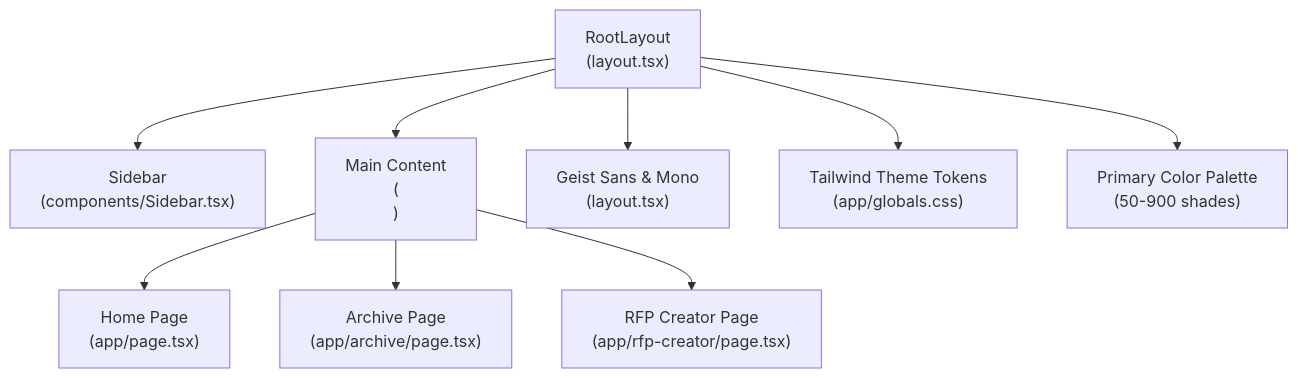
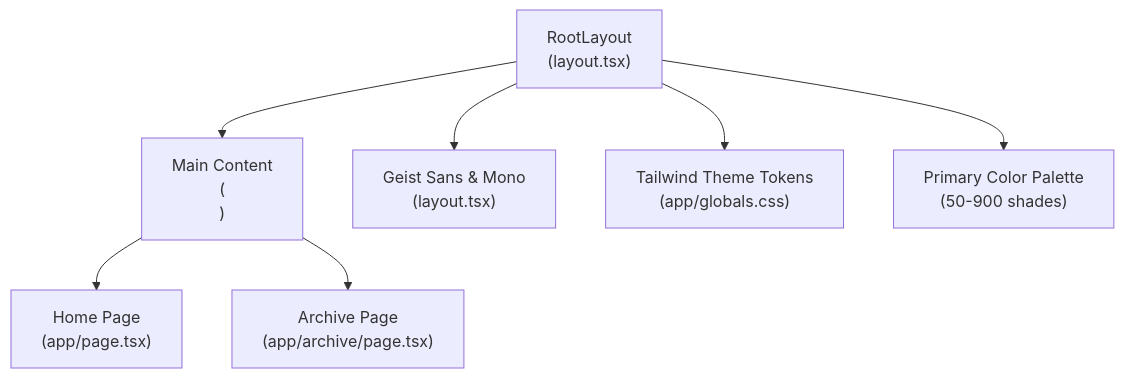
The first of 2 diagrams in .qoder/repowiki/en/content/Frontend Application/Application Layout & Navigation.md (alexandreybasta-cyber/dubai-media-ai), drawn with Mermaid before and after one commit. The commit also changed other lines of this file and 23 other files, not shown here.

Commit message:
Add back-to-home button on archive page, redesign homepage card layout

````diff
--- a/.qoder/repowiki/en/content/Frontend Application/Application Layout & Navigation.md
+++ b/.qoder/repowiki/en/content/Frontend Application/Application Layout & Navigation.md
@@ -56,11 +55,9 @@
 ```mermaid
 graph TB
-RootLayout["RootLayout<br/>(layout.tsx)"] --> Sidebar["Sidebar<br/>(components/Sidebar.tsx)"]
-RootLayout --> Main["Main Content<br/>(<main>)"]
+RootLayout["RootLayout<br/>(layout.tsx)"] --> Main["Main Content<br/>(<main>)"]
 Main --> PageHome["Home Page<br/>(app/page.tsx)"]
 Main --> PageArchive["Archive Page<br/>(app/archive/page.tsx)"]
-Main --> PageCreator["RFP Creator Page<br/>(app/rfp-creator/page.tsx)"]
 RootLayout --> Fonts["Geist Sans & Mono<br/>(layout.tsx)"]
 RootLayout --> Theme["Tailwind Theme Tokens<br/>(app/globals.css)"]
 RootLayout --> Colors["Primary Color Palette<br/>(50-900 shades)"]
 ```
````
